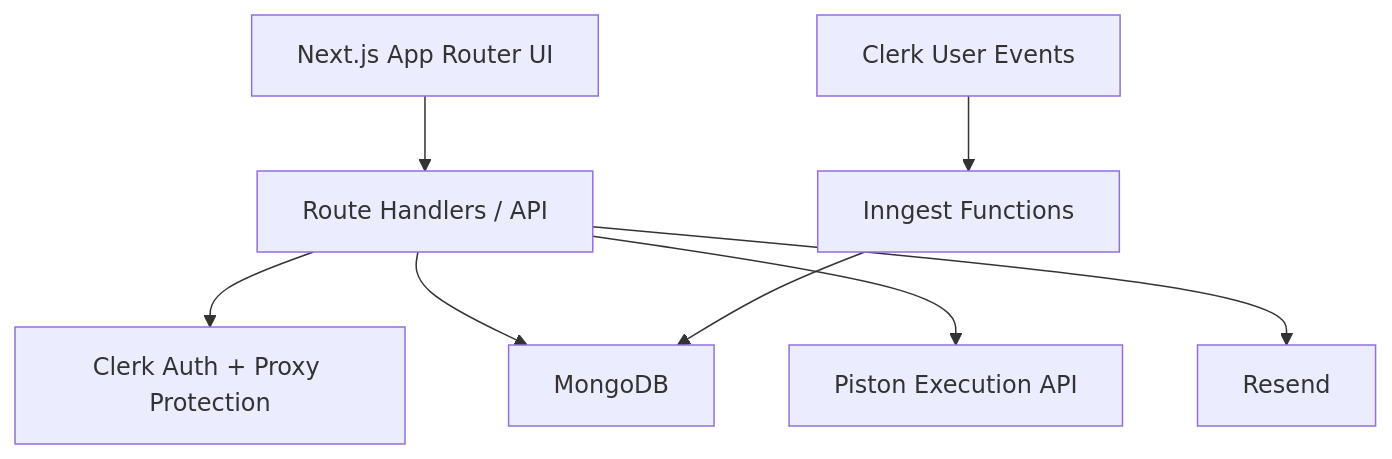
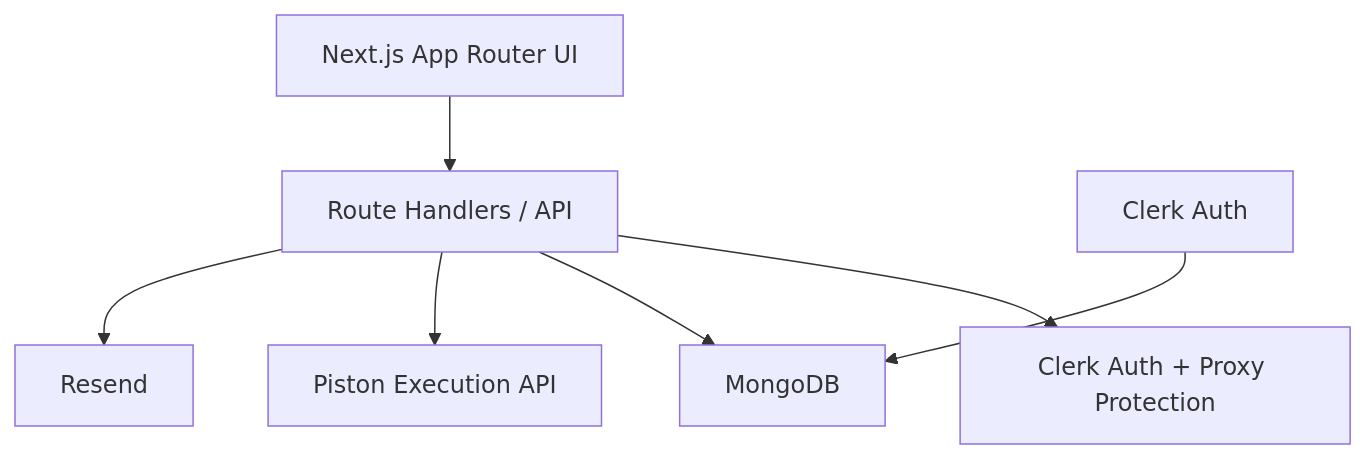
The diagram in README.md (adityagarg2614/daa-portal), drawn with Mermaid before and after one commit. The commit also changed other lines of this file and 12 other files, not shown here.

````diff
--- a/README.md
+++ b/README.md
@@ -120,10 +117,9 @@
 ```mermaid
 flowchart TD
     UI["Next.js App Router UI"] --> API["Route Handlers / API"]
     API --> AUTH["Clerk Auth + Proxy Protection"]
     API --> DB["MongoDB"]
     API --> EXEC["Piston Execution API"]
     API --> MAIL["Resend"]
-    CLERK["Clerk User Events"] --> INNGEST["Inngest Functions"]
-    INNGEST --> DB
+    CLERK["Clerk Auth"] --> DB
 ```
````
